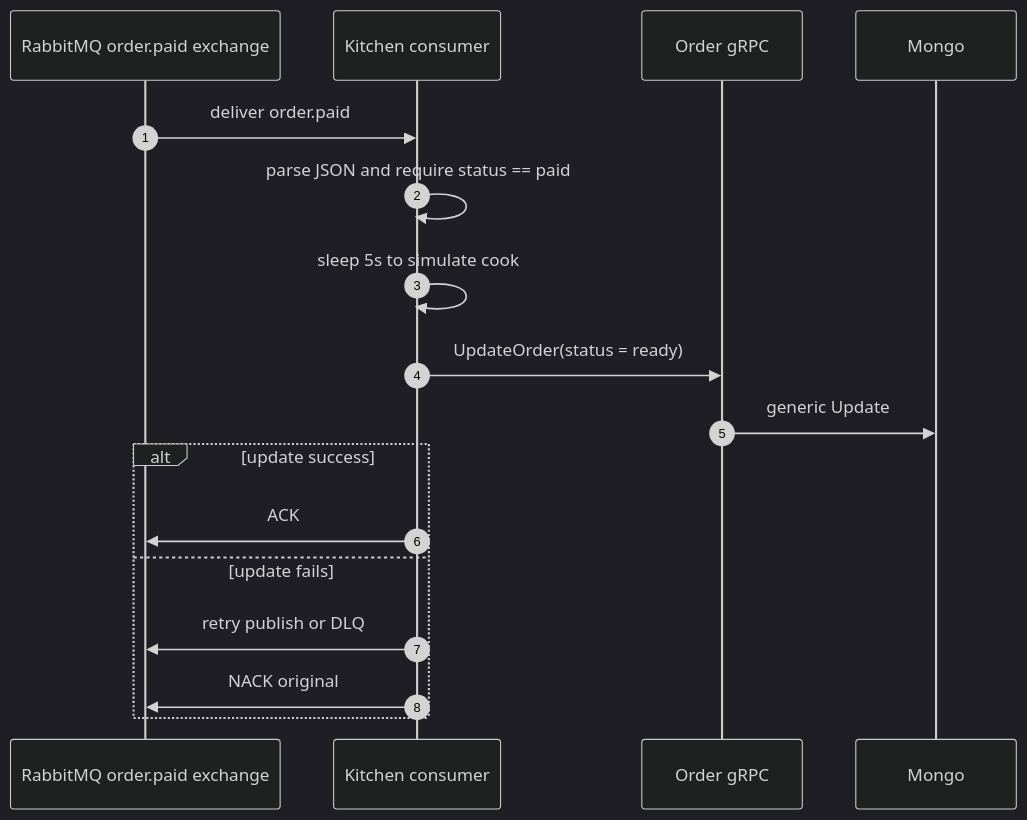
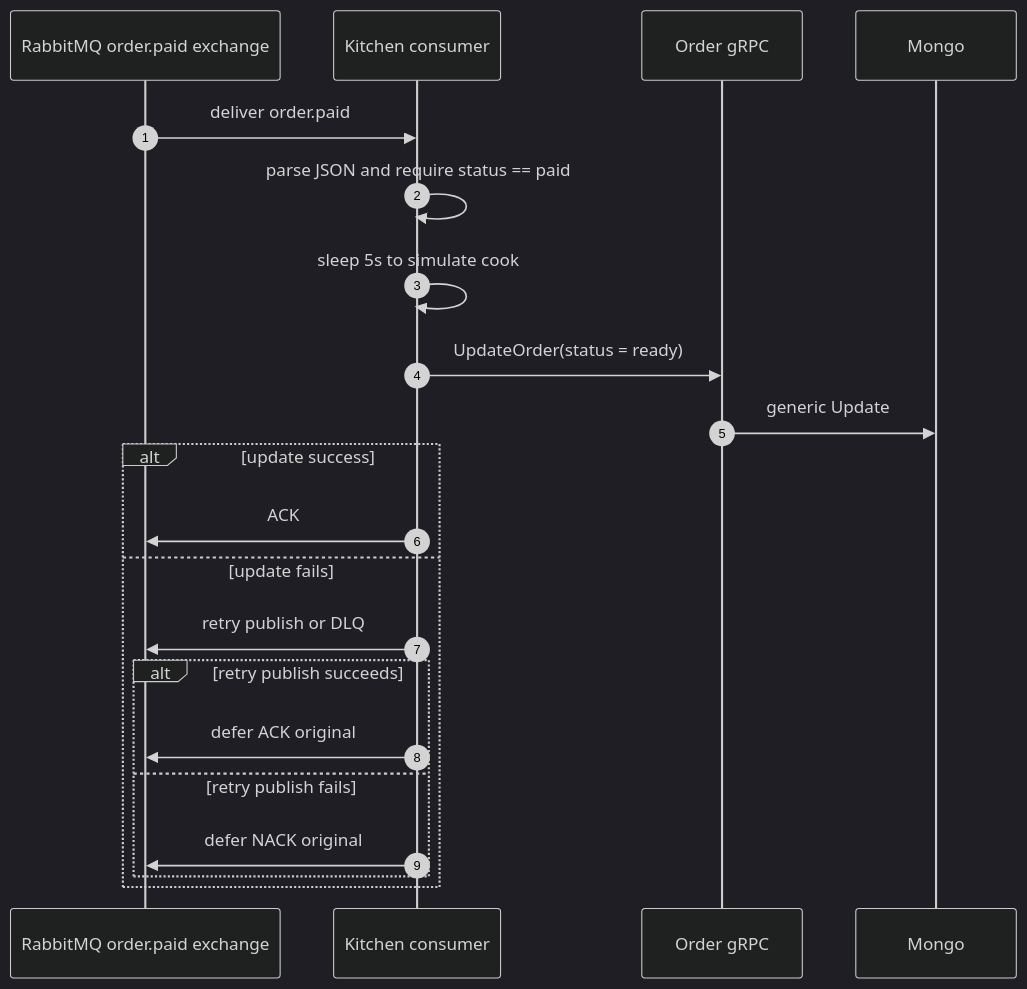
The fifth of 5 diagrams in docs/architecture/business-flow.md (jiahuipaung/gorder), drawn with Mermaid (dark theme) before and after one commit. The commit also changed other lines of this file and 3 other files, not shown here.

````diff
--- a/docs/architecture/business-flow.md
+++ b/docs/architecture/business-flow.md
@@ -221,20 +221,24 @@
 ```mermaid
 sequenceDiagram
     autonumber
     participant MQ as RabbitMQ order.paid exchange
     participant Kitchen as Kitchen consumer
     participant OrderGRPC as Order gRPC
     participant Mongo
 
     MQ->>Kitchen: deliver order.paid
     Kitchen->>Kitchen: parse JSON and require status == paid
     Kitchen->>Kitchen: sleep 5s to simulate cook
     Kitchen->>OrderGRPC: UpdateOrder(status = ready)
     OrderGRPC->>Mongo: generic Update
     alt update success
         Kitchen->>MQ: ACK
     else update fails
         Kitchen->>MQ: retry publish or DLQ
-        Kitchen->>MQ: NACK original
+        alt retry publish succeeds
+            Kitchen->>MQ: defer ACK original
+        else retry publish fails
+            Kitchen->>MQ: defer NACK original
+        end
     end
 ```
````
